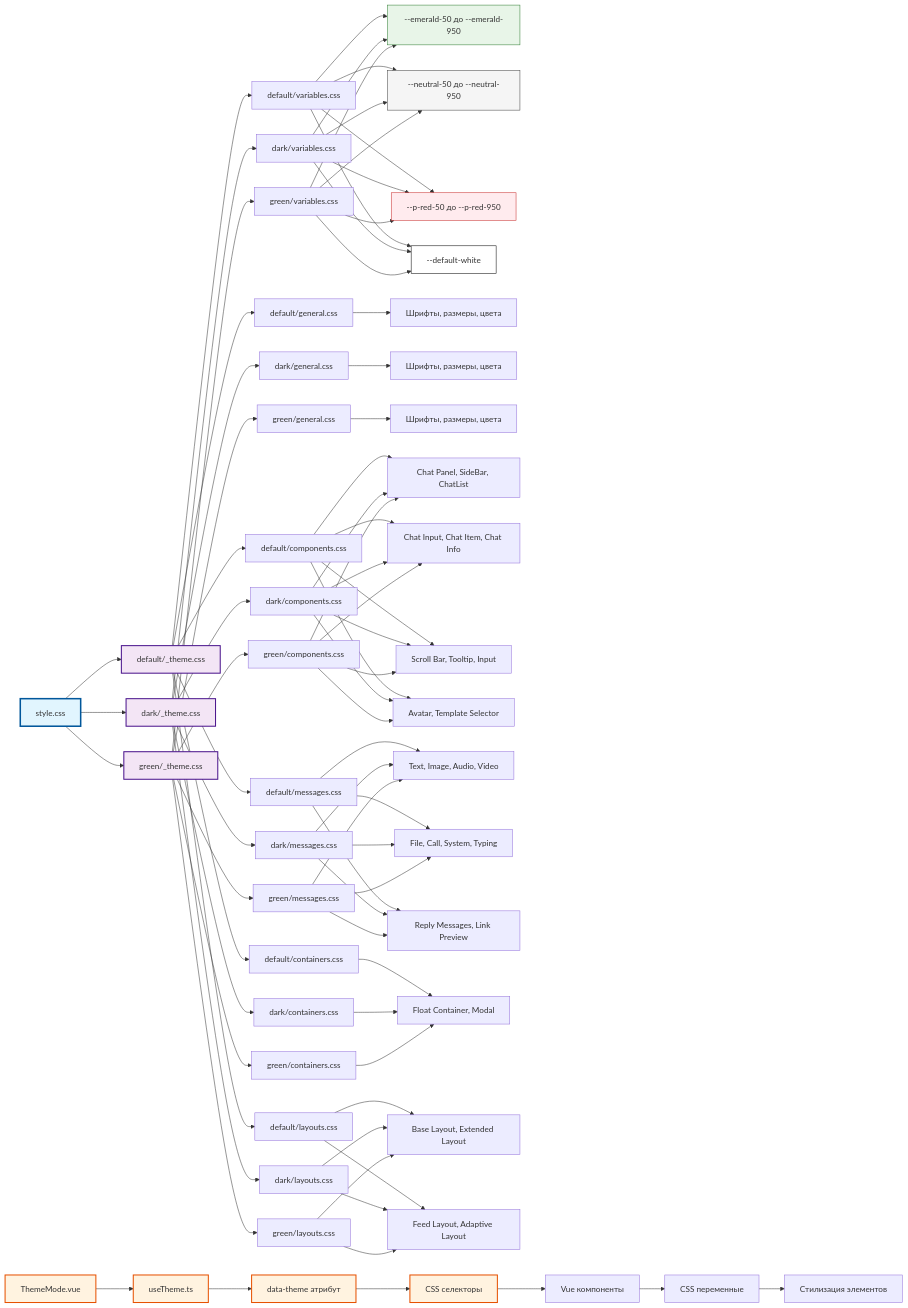
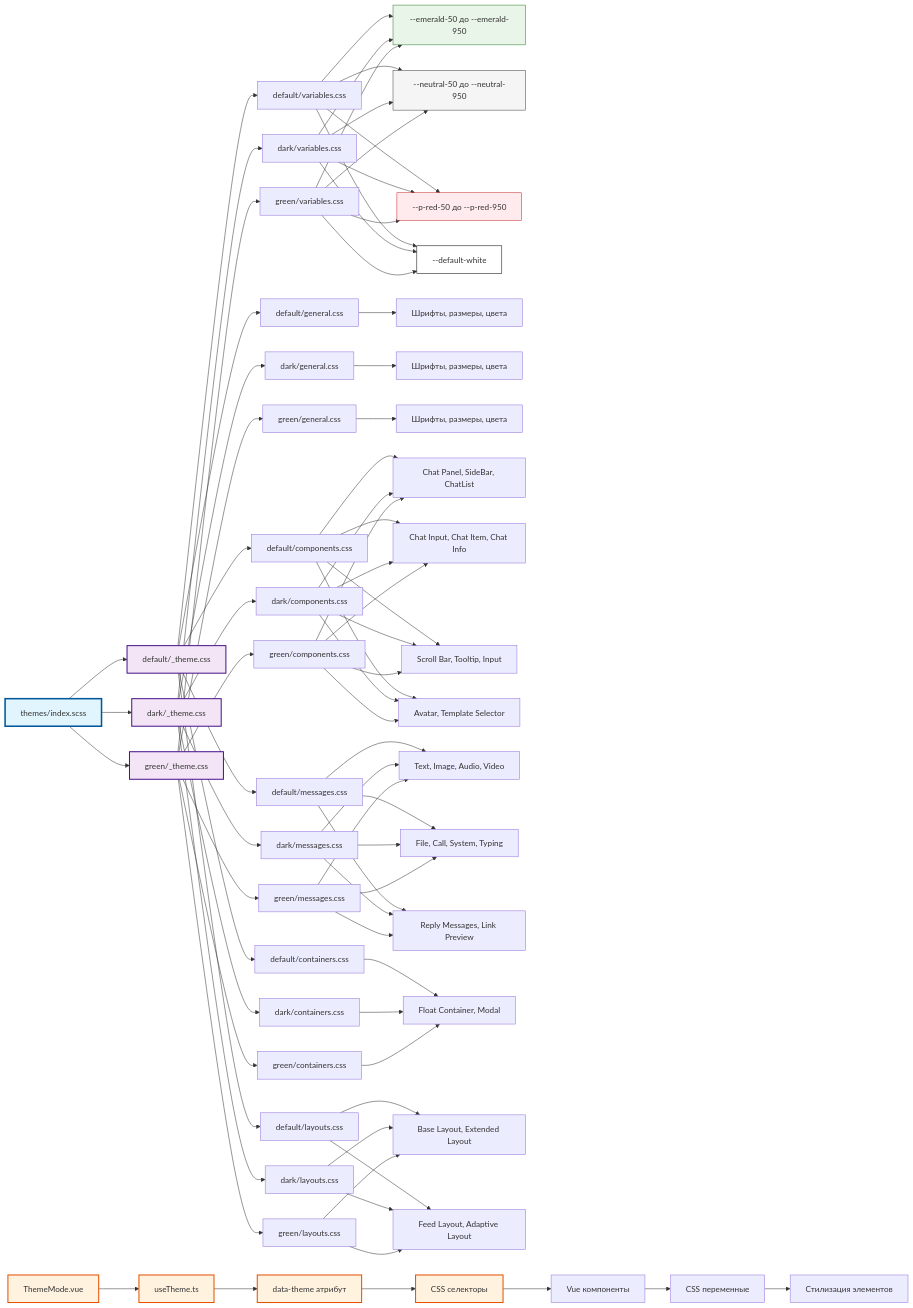
One commit to mobilon-dev/chotto-0.3 changed the diagram in ARCHITECTURE_STYLE.md. Above: the diagram before and after it, drawn with Mermaid. The commit also changed other lines of this file and 34 other files, not shown here.

Commit message:
refactor(themes): move assets/themes to src/themes; rename style.css to themes/index.scss; update imports

````diff
--- a/ARCHITECTURE_STYLE.md
+++ b/ARCHITECTURE_STYLE.md
@@ -5,7 +5,7 @@
 ```mermaid
 flowchart LR
     %% Основной файл стилей
-    A[style.css]
+    A[themes/index.scss]
     
     %% Темы
     A --> B[default/_theme.css]
````
